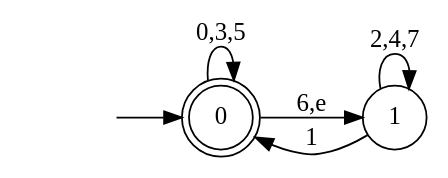
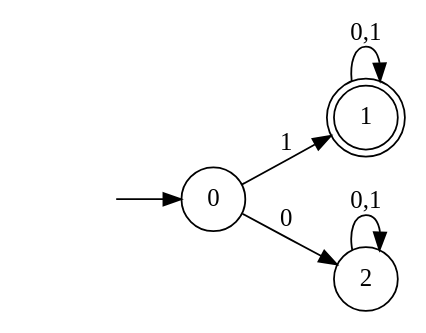
The diagram in NFA/NFA.gv (Umato/computer_practices), drawn with Graphviz before and after one commit. The commit also changed 5 other files, not shown here.

```diff
--- a/NFA/NFA.gv
+++ b/NFA/NFA.gv
@@ -1,11 +1,11 @@
 digraph finite_state_machine{
 	rankdir=LR;
-	node [shape = doublecircle]; 0;
+	node [shape = doublecircle]; 1;
 	node [shape = circle];
 	init [shape=none, label=""];
 	init -> 0;
-	0 -> 0 [label = "0,3,5"];
-	0 -> 1 [label = "6,e"];
-	1 -> 0 [label = "1"];
-	1 -> 1 [label = "2,4,7"];
+	0 -> 1 [label = "1"];
+	0 -> 2 [label = "0"];
+	1 -> 1 [label = "0,1"];
+	2 -> 2 [label = "0,1"];
 }
```
